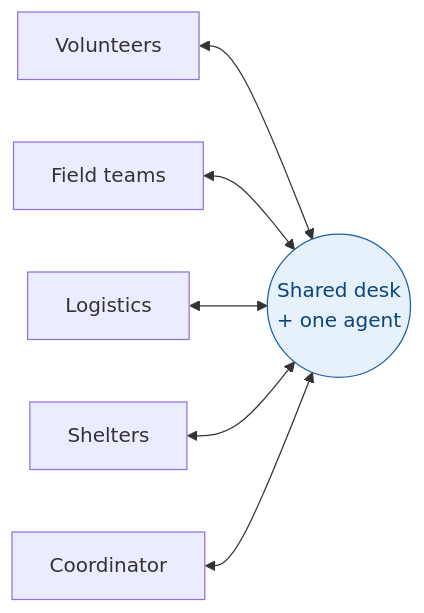
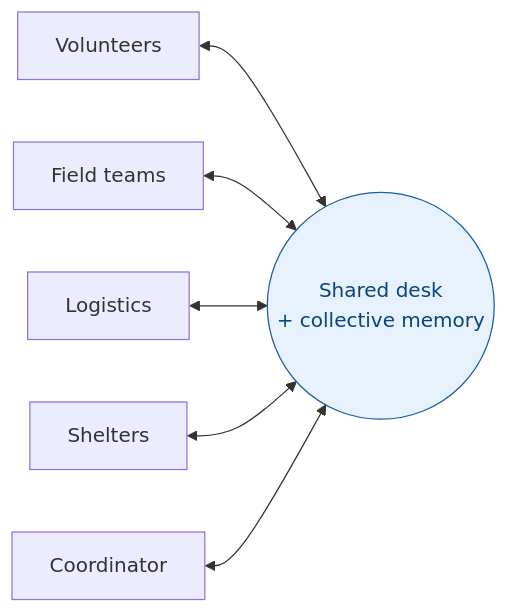
Before and after one commit to Danvu772/DisasterDeck: the second of 6 diagrams in docs/Multiplayer Disaster Desk/Multiplayer Disaster Desk.md, drawn with Mermaid. The commit also changed other lines of this file and 12 other files, not shown here.

````diff
--- a/docs/Multiplayer Disaster Desk/Multiplayer Disaster Desk.md
+++ b/docs/Multiplayer Disaster Desk/Multiplayer Disaster Desk.md
@@ -56,10 +88,10 @@
 ```mermaid
 flowchart LR
-    A(("Shared desk<br/>+ one agent"))
+    A(("Shared desk<br/>+ collective memory"))
     G["Volunteers"] <--> A
     S["Field teams"] <--> A
     L["Logistics"] <--> A
     B["Shelters"] <--> A
     K["Coordinator"] <--> A
     style A fill:#E6F1FB,stroke:#185FA5,color:#0C447C
 ```
````
